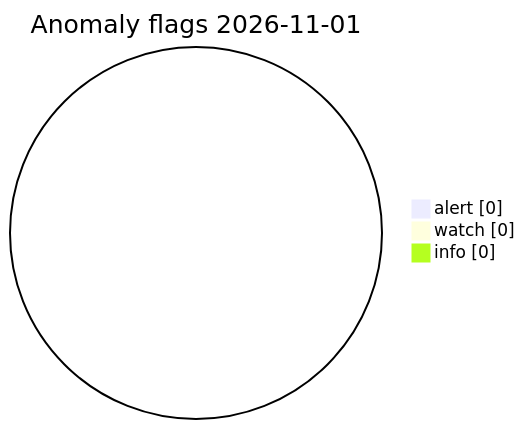
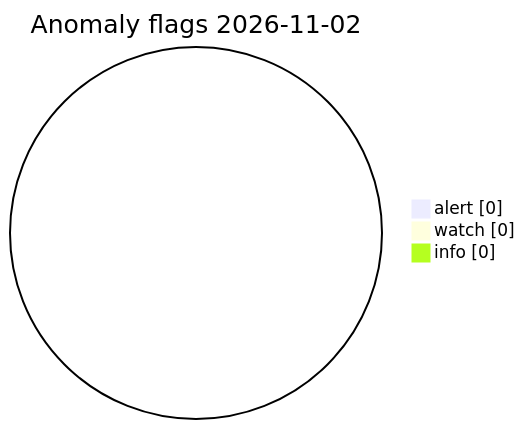
Before and after one commit to Midwest-Stratospheric/Unified-Open-Global-Weather: the diagram in visuals/latest/CHARTS.md, drawn with Mermaid. The commit also changed other lines of this file and 23 other files, not shown here.

Commit message:
data(visuals): automated charts 2026-11-02T12:58Z

````diff
--- a/visuals/latest/CHARTS.md
+++ b/visuals/latest/CHARTS.md
@@ -73,7 +73,7 @@
 ```mermaid
 pie showData
-  title Anomaly flags 2026-11-01
+  title Anomaly flags 2026-11-02
   "alert" : 0
   "watch" : 0
   "info" : 0
 ```
````
